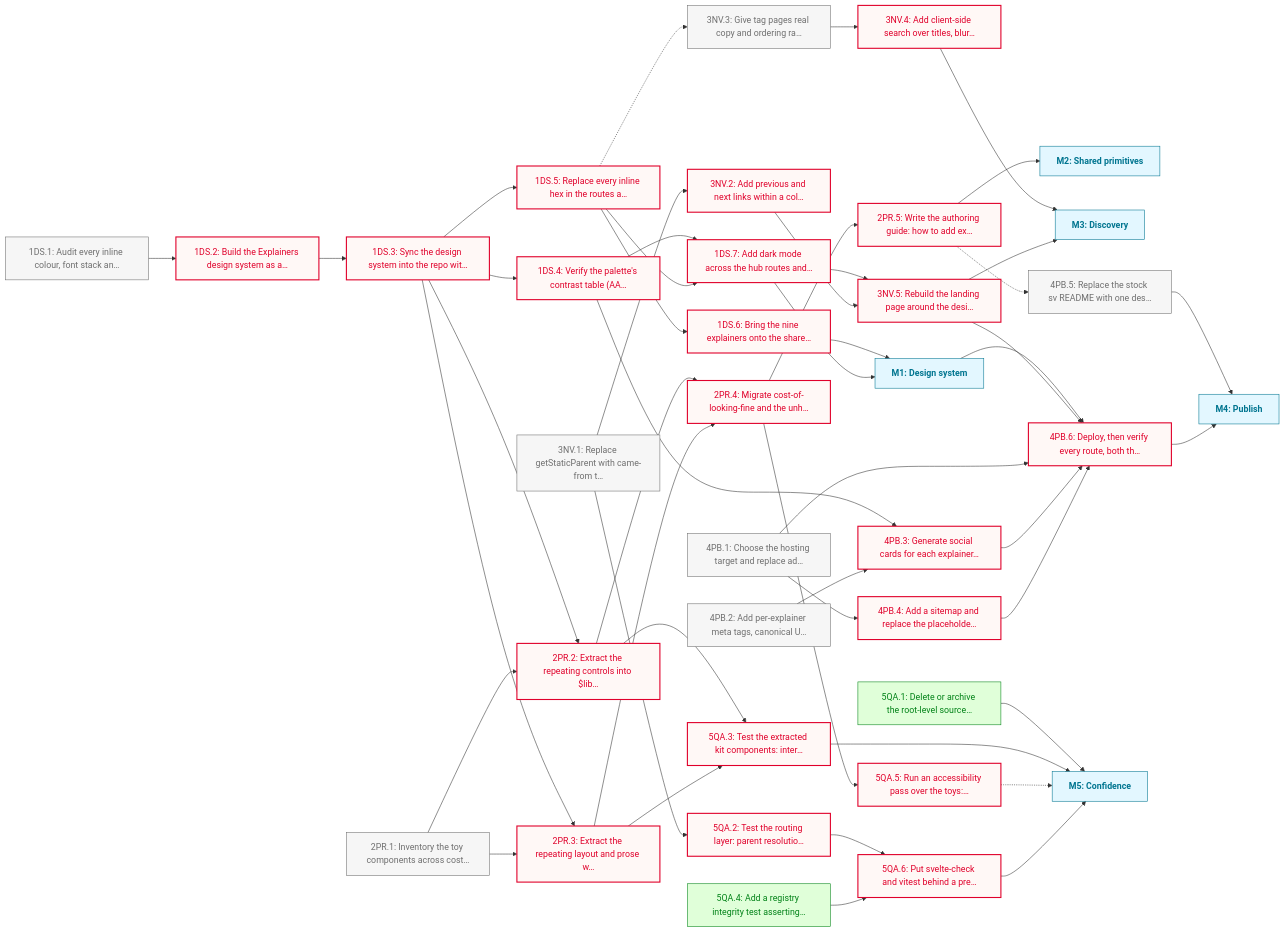
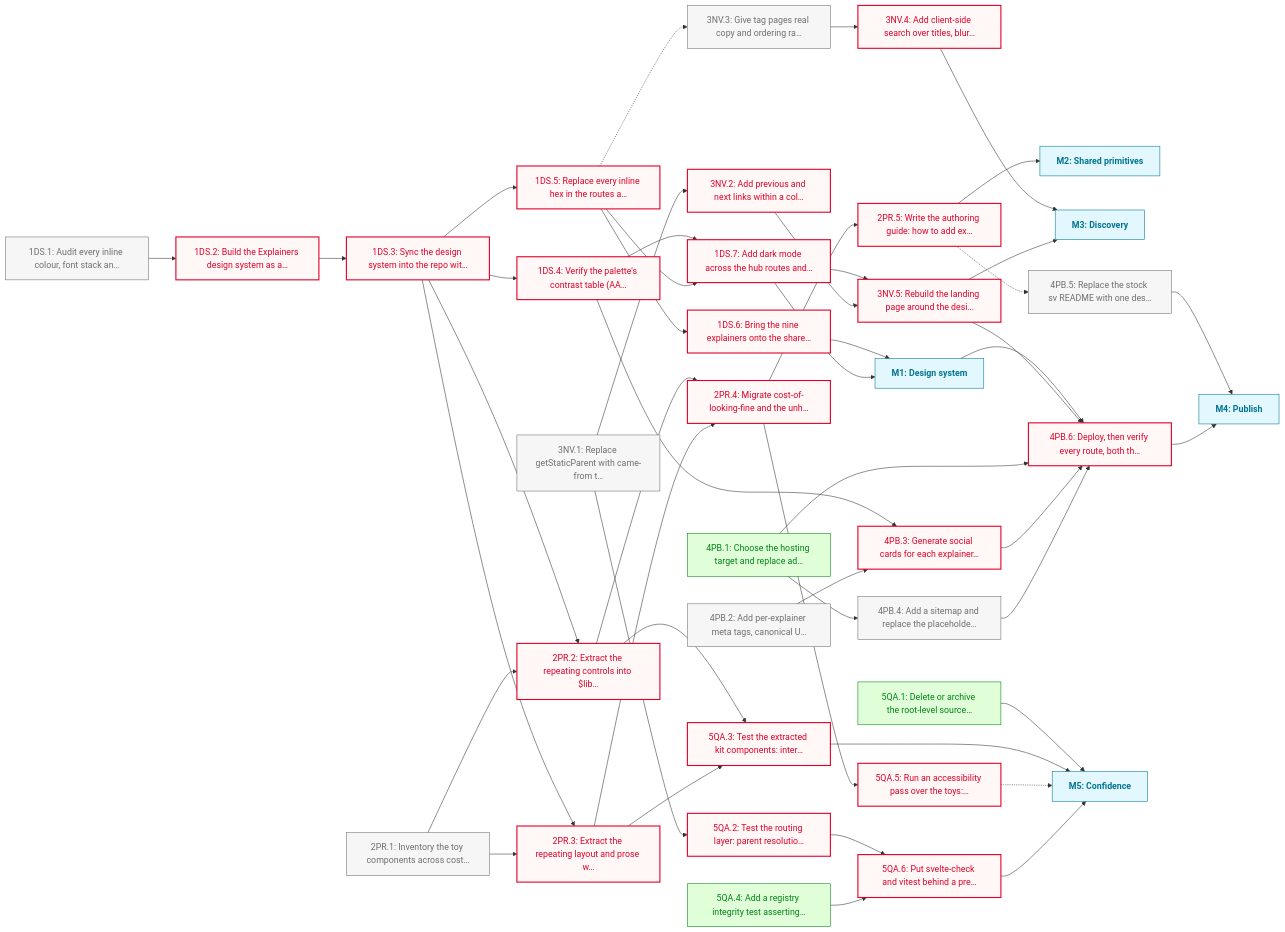
Before and after one commit to JasonWarrenUK/explainers: the diagram in docs/roadmaps/PHASE_1.md, drawn with Mermaid. The commit also changed other lines of this file and 1 other file, not shown here.

Commit message:
docs: update joadmap

````diff
--- a/docs/roadmaps/PHASE_1.md
+++ b/docs/roadmaps/PHASE_1.md
@@ -178,7 +178,7 @@
 	5QA.4 --> 5QA.6
 	5QA.5 -.-> M5
 	5QA.6 --> M5
-	class 1DS.1,2PR.1,3NV.1,3NV.3,4PB.1,4PB.2,4PB.5 todo
-	class 1DS.2,1DS.3,1DS.4,1DS.5,1DS.6,1DS.7,2PR.2,2PR.3,2PR.4,2PR.5,3NV.2,3NV.4,3NV.5,4PB.3,4PB.4,4PB.6,5QA.2,5QA.3,5QA.5,5QA.6 blocked
-	class 5QA.1,5QA.4 done
+	class 1DS.1,2PR.1,3NV.1,3NV.3,4PB.2,4PB.4,4PB.5 todo
+	class 1DS.2,1DS.3,1DS.4,1DS.5,1DS.6,1DS.7,2PR.2,2PR.3,2PR.4,2PR.5,3NV.2,3NV.4,3NV.5,4PB.3,4PB.6,5QA.2,5QA.3,5QA.5,5QA.6 blocked
+	class 4PB.1,5QA.1,5QA.4 done
 ```
````
